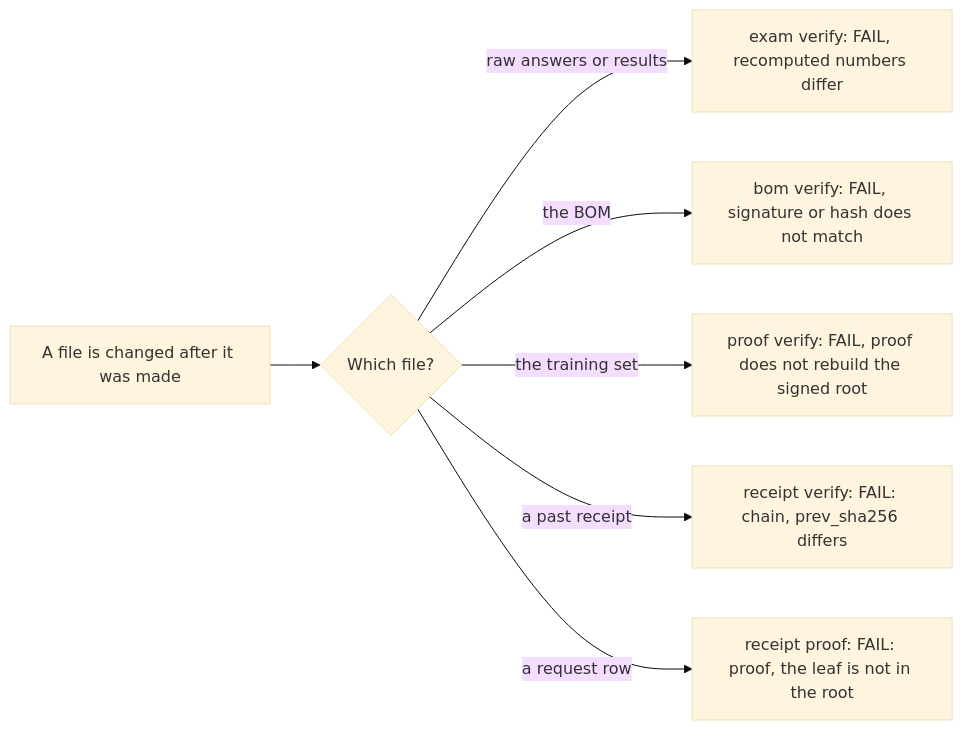
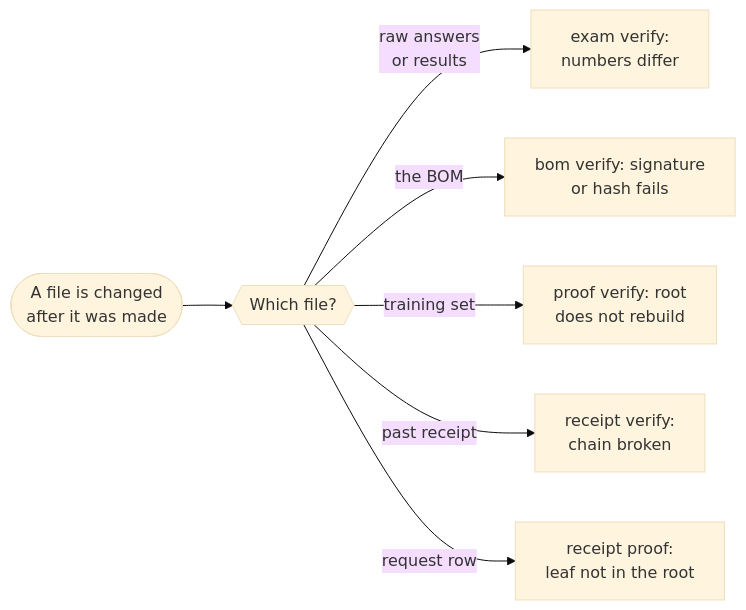
The second of 2 diagrams in docs-site/src/content/docs/guides/proof.mdx (harshbhx/ratchet), drawn with Mermaid (base theme) before and after one commit. The commit also changed other lines of this file and 25 other files, not shown here.

````diff
--- a/docs-site/src/content/docs/guides/proof.mdx
+++ b/docs-site/src/content/docs/guides/proof.mdx
@@ -152,9 +194,11 @@
 ```mermaid
 flowchart LR
-  F["A file is changed after it was made"] --> W{"Which file?"}
-  W -->|"raw answers or results"| E1["exam verify: FAIL, recomputed numbers differ"]
-  W -->|"the BOM"| E2["bom verify: FAIL, signature or hash does not match"]
-  W -->|"the training set"| E3["proof verify: FAIL, proof does not rebuild the signed root"]
-  W -->|"a past receipt"| E4["receipt verify: FAIL: chain, prev_sha256 differs"]
-  W -->|"a request row"| E5["receipt proof: FAIL: proof, the leaf is not in the root"]
+  F(["A file is changed<br/>after it was made"]) --> W{{"Which file?"}}
+  W -->|"raw answers<br/>or results"| E1["exam verify:<br/>numbers differ"]
+  W -->|"the BOM"| E2["bom verify: signature<br/>or hash fails"]
+  W -->|"training set"| E3["proof verify: root<br/>does not rebuild"]
+  W -->|"past receipt"| E4["receipt verify:<br/>chain broken"]
+  W -->|"request row"| E5["receipt proof:<br/>leaf not in the root"]
+  class W gate
+  class E1,E2,E3,E4,E5 danger
 ```
````
